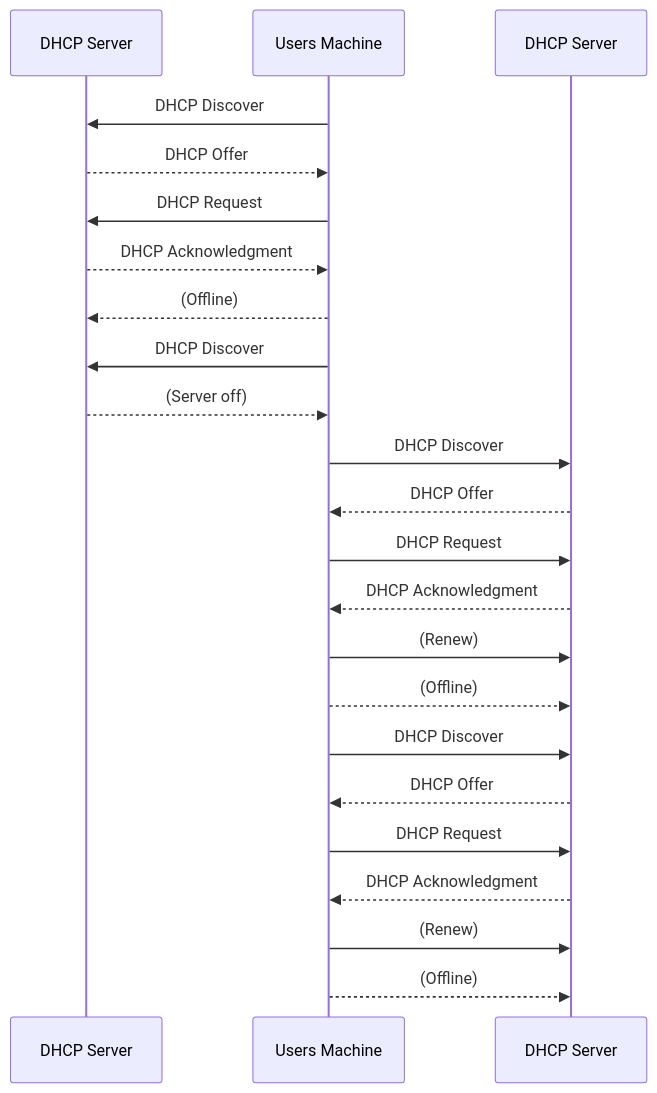
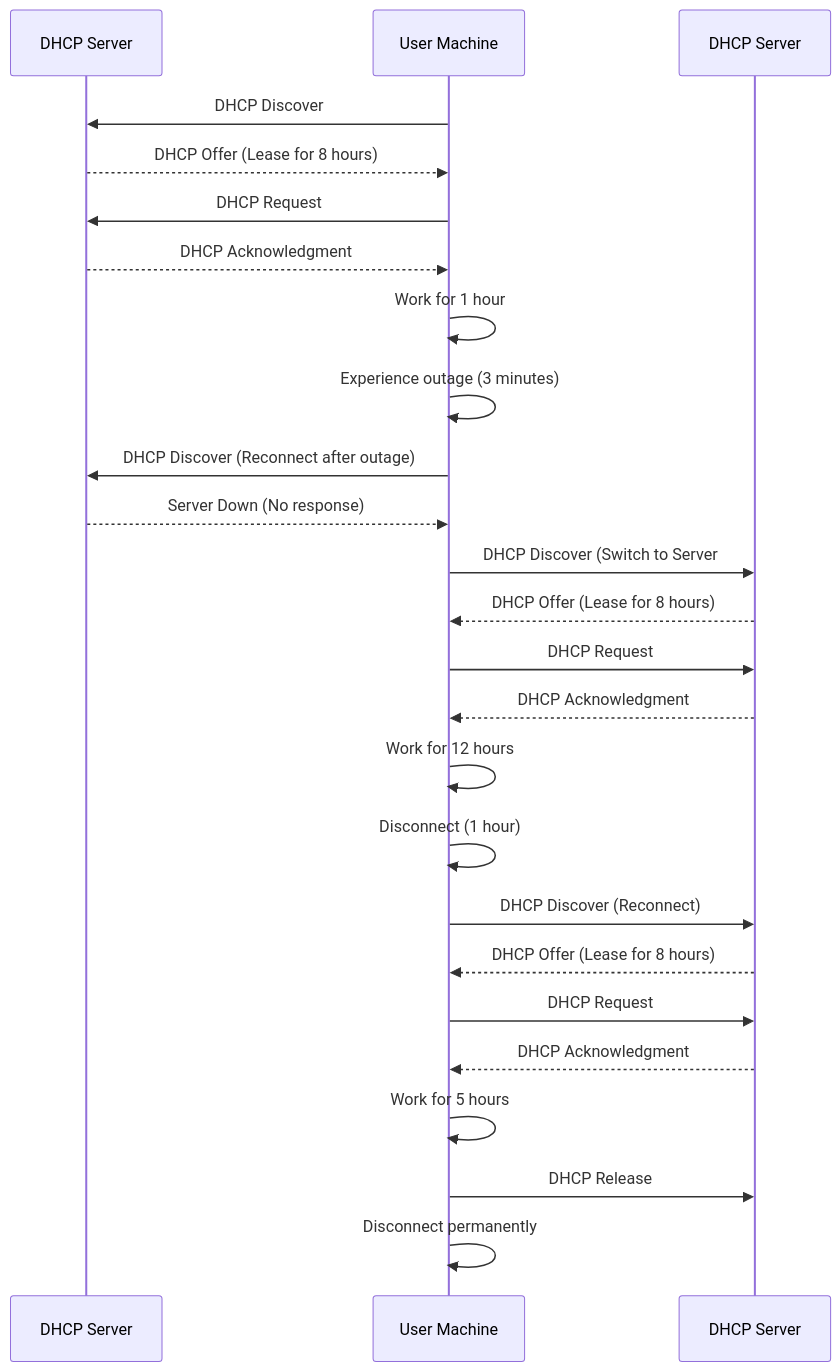
The diagram in README.md (Sensenkyloren/DHCPdiagram), drawn with Mermaid before and after one commit.

````diff
--- a/README.md
+++ b/README.md
@@ -2,35 +2,35 @@
 ```mermaid
 sequenceDiagram
     participant Server1 as DHCP Server #1
-    participant User as Users Machine
+    participant User as User Machine
     participant Server2 as DHCP Server #2
 
     User->>Server1: DHCP Discover
-    Server1-->>User: DHCP Offer 
+    Server1-->>User: DHCP Offer (Lease for 8 hours)
+    User->>Server1: DHCP Request
+    Server1-->>User: DHCP Acknowledgment
 
-    User->>Server1: DHCP Request 
-    Server1-->>User: DHCP Acknowledgment 
+    User->>User: Work for 1 hour
 
-    User-->>Server1: (Offline)
-
-    User->>Server1: DHCP Discover
-    Server1-->>User: (Server off)
-
-    User->>Server2: DHCP Discover
-    Server2-->>User: DHCP Offer 
-    User->>Server2: DHCP Request 
-    Server2-->>User: DHCP Acknowledgment 
-
-    User->>Server2: (Renew)
-
-    User-->>Server2: (Offline)
-
-    User->>Server2: DHCP Discover
-    Server2-->>User: DHCP Offer
+    User->>User: Experience outage (3 minutes)
+    User->>Server1: DHCP Discover (Reconnect after outage)
+    Server1-->>User: Server Down (No response)
+    User->>Server2: DHCP Discover (Switch to Server #2)
+    Server2-->>User: DHCP Offer (Lease for 8 hours)
     User->>Server2: DHCP Request
     Server2-->>User: DHCP Acknowledgment
 
-    User->>Server2: (Renew)
+    User->>User: Work for 12 hours
 
-    User-->>Server2: (Offline)
+    User->>User: Disconnect (1 hour)
+    
+    User->>Server2: DHCP Discover (Reconnect)
+    Server2-->>User: DHCP Offer (Lease for 8 hours)
+    User->>Server2: DHCP Request
+    Server2-->>User: DHCP Acknowledgment
+
+    User->>User: Work for 5 hours
+    User->>Server2: DHCP Release
+    User->>User: Disconnect permanently
+
 ```
````
